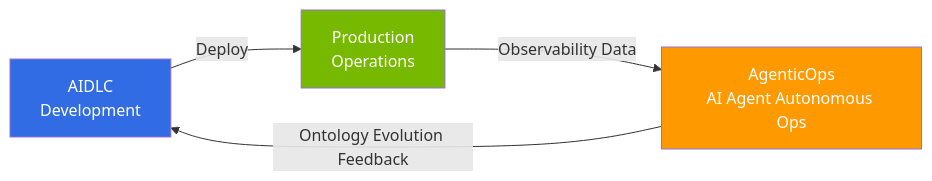
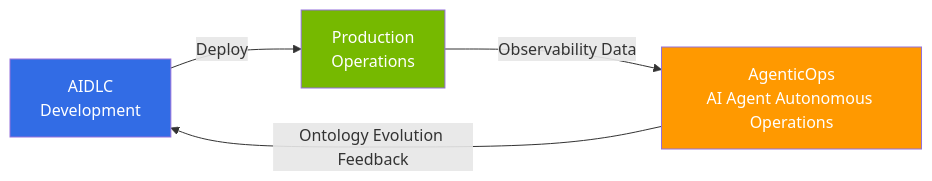
One commit to devfloor9/engineering-playbook changed the diagram in i18n/en/docusaurus-plugin-content-docs/current/aidlc/agentic-ops/index.md. Above: the diagram before and after it, drawn with Mermaid. The commit also changed other lines of this file and 95 other files, not shown here.

````diff
--- a/i18n/en/docusaurus-plugin-content-docs/current/aidlc/agentic-ops/index.md
+++ b/i18n/en/docusaurus-plugin-content-docs/current/aidlc/agentic-ops/index.md
@@ -22,10 +22,10 @@
 ```mermaid
 flowchart LR
     DEV["AIDLC<br/>Development"] -->|Deploy| PROD["Production<br/>Operations"]
-    PROD -->|Observability Data| AGOPS["AgenticOps<br/>AI Agent Autonomous Ops"]
+    PROD -->|Observability Data| AGOPS["AgenticOps<br/>AI Agent Autonomous Operations"]
     AGOPS -->|Ontology Evolution Feedback| DEV
 
     style DEV fill:#326ce5,color:#fff
     style PROD fill:#76b900,color:#fff
     style AGOPS fill:#ff9900,color:#fff
 ```
````
